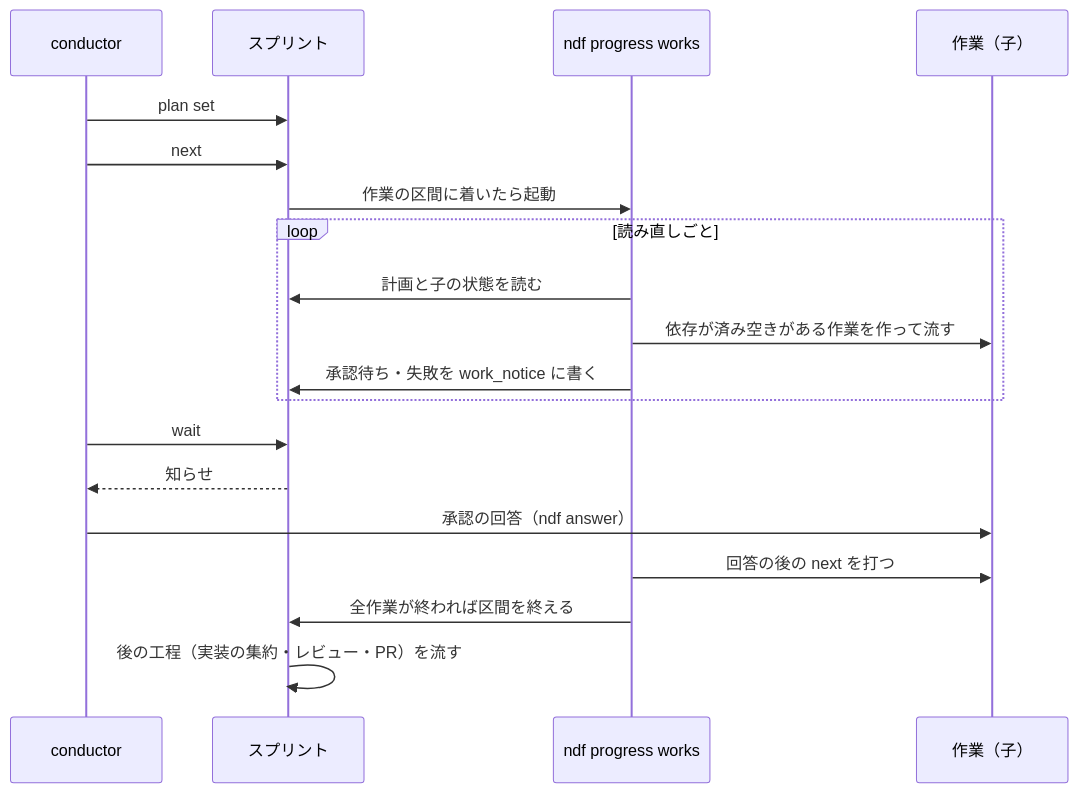
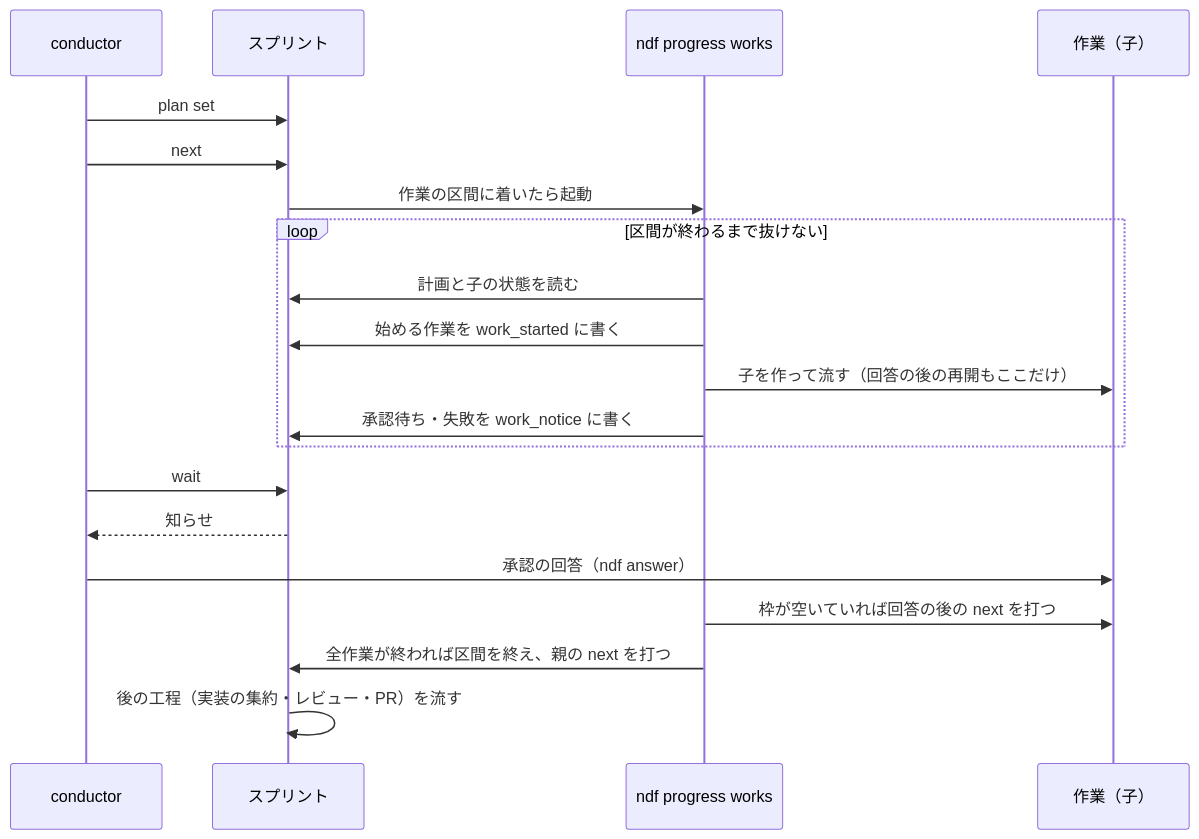
Before and after one commit to devbasex/ai-plugins: the fourth of 4 diagrams in issues/issue-4550-design.md, drawn with Mermaid. The commit also changed other lines of this file and 2 other files, not shown here.

````diff
--- a/issues/issue-4550-design.md
+++ b/issues/issue-4550-design.md
@@ -223,21 +261,22 @@
 ```mermaid
 sequenceDiagram
   participant C as conductor
   participant P as スプリント
   participant W as ndf progress works
   participant K as 作業（子）
   C->>P: plan set
   C->>P: next
   P->>W: 作業の区間に着いたら起動
-  loop 読み直しごと
+  loop 区間が終わるまで抜けない
     W->>P: 計画と子の状態を読む
-    W->>K: 依存が済み空きがある作業を作って流す
+    W->>P: 始める作業を work_started に書く
+    W->>K: 子を作って流す（回答の後の再開もここだけ）
     W->>P: 承認待ち・失敗を work_notice に書く
   end
   C->>P: wait
   P-->>C: 知らせ
   C->>K: 承認の回答（ndf answer）
-  W->>K: 回答の後の next を打つ
-  W->>P: 全作業が終われば区間を終える
+  W->>K: 枠が空いていれば回答の後の next を打つ
+  W->>P: 全作業が終われば区間を終え、親の next を打つ
   P->>P: 後の工程（実装の集約・レビュー・PR）を流す
 ```
````
